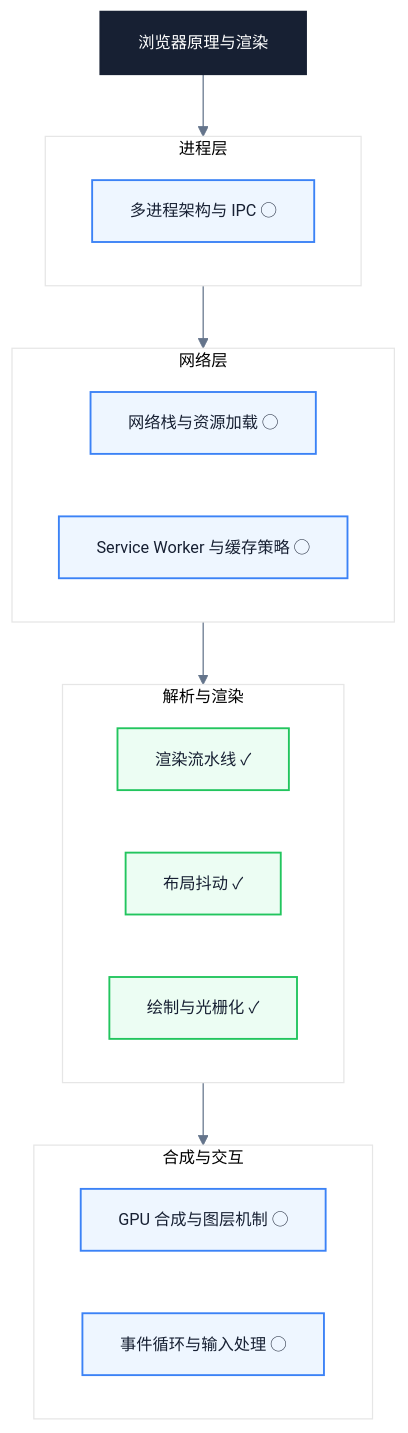
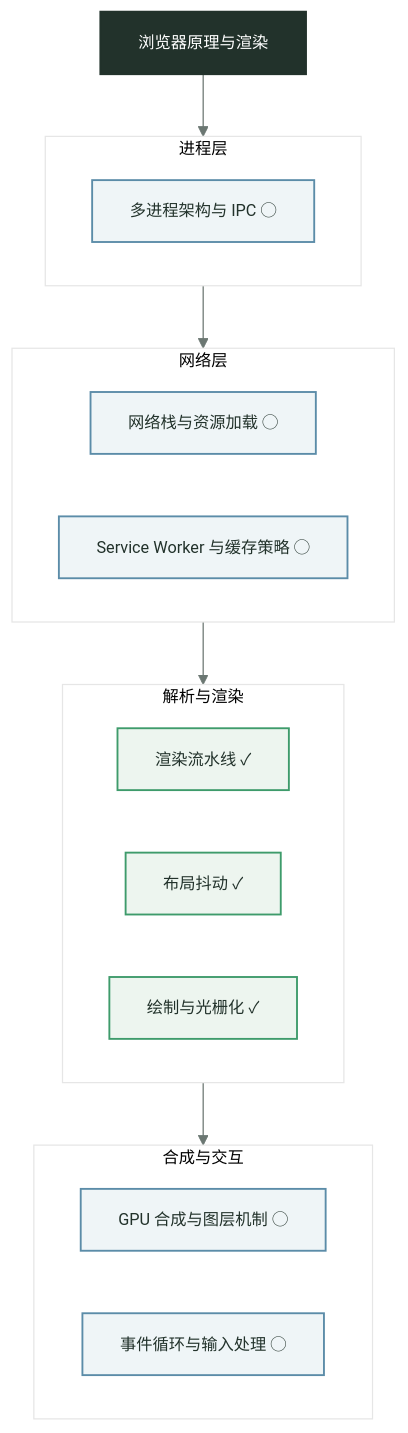
One commit to Fatejian/frontier-vault changed the diagram in docs/browser/index.md. Above: the diagram before and after it, drawn with Mermaid. The commit also changed 63 other files, not shown here.

````diff
--- a/docs/browser/index.md
+++ b/docs/browser/index.md
@@ -17,39 +17,39 @@
 ```mermaid
-%%{init: {'theme': 'base', 'themeVariables': {'fontFamily': 'Inter, PingFang SC, Microsoft YaHei, sans-serif', 'primaryColor': '#F8FAFC', 'primaryTextColor': '#172033', 'primaryBorderColor': '#CBD5E1', 'lineColor': '#64748B', 'fontSize': '13px'}}}%%
+%%{init: {'theme': 'base', 'themeVariables': {'fontFamily': 'Inter, PingFang SC, Microsoft YaHei, sans-serif', 'primaryColor': '#F4F7F4', 'primaryTextColor': '#22322B', 'primaryBorderColor': '#CDD8D2', 'lineColor': '#6B7772', 'fontSize': '13px'}}}%%
 
 flowchart TB
     M["浏览器原理与渲染"]
 
     subgraph Proc["进程层"]
         N1["多进程架构与 IPC ◯"]
     end
 
     subgraph Net["网络层"]
         N2["网络栈与资源加载 ◯"]
         N3["Service Worker 与缓存策略 ◯"]
     end
 
     subgraph Render["解析与渲染"]
         R1["渲染流水线 ✓"]
         R2["布局抖动 ✓"]
         R3["绘制与光栅化 ✓"]
     end
 
     subgraph Comp["合成与交互"]
         C1["GPU 合成与图层机制 ◯"]
         C2["事件循环与输入处理 ◯"]
     end
 
     M --> Proc
     Proc --> Net
     Net --> Render
     Render --> Comp
 
-    classDef core fill:#172033,color:#fff,stroke:#172033,stroke-width:2px
-    classDef work fill:#ECFDF3,stroke:#22C55E,color:#172033,stroke-width:1.5px
-    classDef wait fill:#EEF6FF,stroke:#3B82F6,color:#172033,stroke-width:1.5px
+    classDef core fill:#22322B,color:#fff,stroke:#22322B,stroke-width:2px
+    classDef work fill:#EDF5EF,stroke:#3E9B6B,color:#22322B,stroke-width:1.5px
+    classDef wait fill:#EFF5F7,stroke:#5B8CA8,color:#22322B,stroke-width:1.5px
 
     class M core
     class N1,N2,N3,C1,C2 wait
     class R1,R2,R3 work
 ```
````
